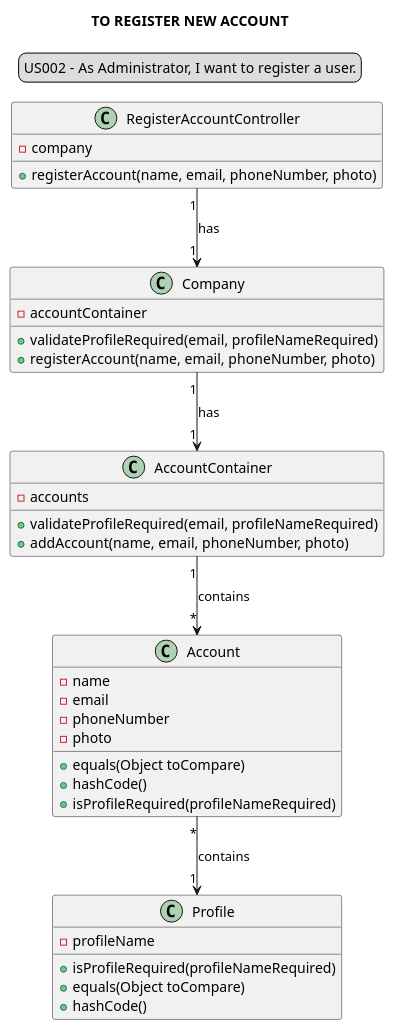
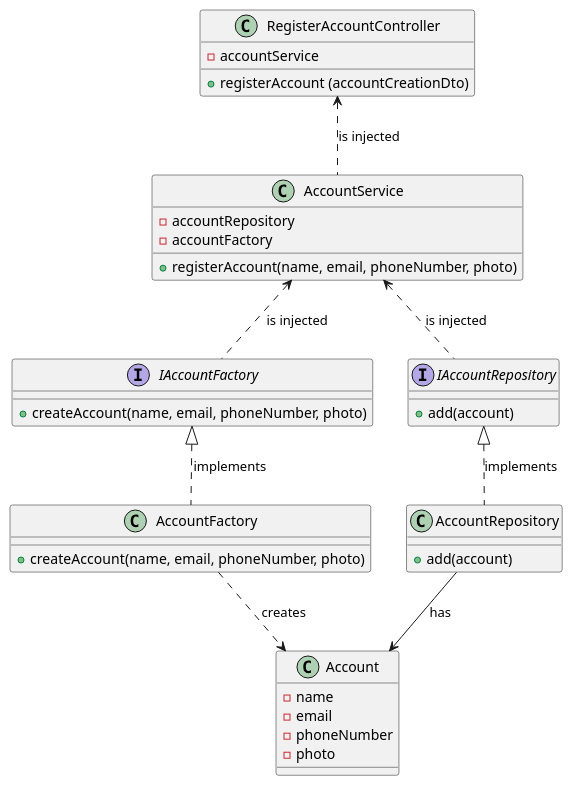
One commit to Loracline/project_switch_22-23 changed the diagram in docs/modelling_design/user_stories/sprint01/us002/US002_classDiagram.puml. Above: the diagram before and after it, drawn with PlantUML. The commit also changed 1 other file, not shown here.

Commit message:
US02 : design : update class diagram to DDD, addresses #358

```diff
--- a/docs/modelling_design/user_stories/sprint01/us002/US002_classDiagram.puml
+++ b/docs/modelling_design/user_stories/sprint01/us002/US002_classDiagram.puml
@@ -1,47 +1,46 @@
 @startuml
 
-skinparam sequenceMessageAlign center
-title TO REGISTER NEW ACCOUNT
-legend top
-US002 - As Administrator, I want to register a user.
-end legend
-
-class "RegisterAccountController" {
--company
-+registerAccount(name, email, phoneNumber, photo)
+class RegisterAccountController {
+- accountService
++ registerAccount (accountCreationDto)
 }
 
-class "Company" {
--accountContainer
-+validateProfileRequired(email, profileNameRequired)
-+registerAccount(name, email, phoneNumber, photo)
+class AccountService{
+- accountRepository
+- accountFactory
++ registerAccount(name, email, phoneNumber, photo)
 }
 
-class "AccountContainer"{
--accounts
-+validateProfileRequired(email, profileNameRequired)
-+addAccount(name, email, phoneNumber, photo)
+interface IAccountFactory{
++ createAccount(name, email, phoneNumber, photo)
 }
 
-class "Account" {
--name
--email
+class AccountFactory{
++ createAccount(name, email, phoneNumber, photo)
+}
+
+interface IAccountRepository{
++ add(account)
+}
+
+class AccountRepository{
++ add(account)
+}
+
+class Account{
+- name
+- email
 -phoneNumber
 -photo
-+equals(Object toCompare)
-+hashCode()
-+ isProfileRequired(profileNameRequired)
 }
 
-class "Profile"{
--profileName
-+isProfileRequired(profileNameRequired)
-+equals(Object toCompare)
-+hashCode()
-}
+RegisterAccountController <.. AccountService: is injected
+AccountService <.. IAccountRepository: is injected
+AccountService <.. IAccountFactory: is injected
+IAccountFactory <|.. AccountFactory: implements
+AccountFactory ..> Account: creates
+IAccountRepository <|.. AccountRepository: implements
+AccountRepository --> Account: has
 
-"RegisterAccountController" "1" --> "1" "Company": has
-"Company" "1"-->"1" "AccountContainer": has
-"AccountContainer" "1"-->"*" "Account": contains
-"Account" "*"--> "1""Profile": contains
+
 @enduml
```
